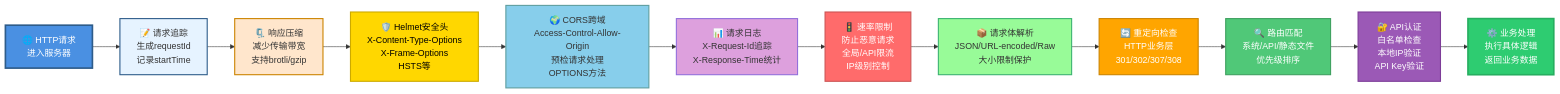
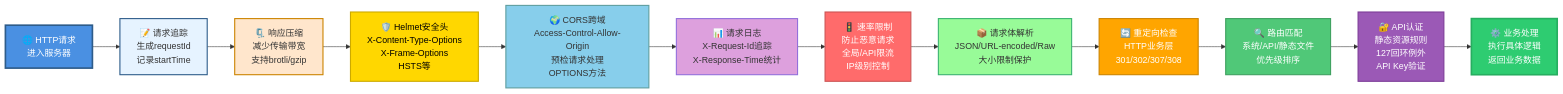
Before and after one commit to sunflowermm/XRK-AGT: diagram 13 of 13 in docs/server.md, drawn with Mermaid. The commit also changed other lines of this file and 9 other files, not shown here.

````diff
--- a/docs/server.md
+++ b/docs/server.md
@@ -856,27 +856,27 @@
 ```mermaid
 flowchart LR
     Request["🌐 HTTP请求<br/>进入服务器"] --> Track["📝 请求追踪<br/>生成requestId<br/>记录startTime"]
     Track --> Compress["🗜️ 响应压缩<br/>减少传输带宽<br/>支持brotli/gzip"]
     Compress --> Helmet["🛡️ Helmet安全头<br/>X-Content-Type-Options<br/>X-Frame-Options<br/>HSTS等"]
     Helmet --> CORS["🌍 CORS跨域<br/>Access-Control-Allow-Origin<br/>预检请求处理<br/>OPTIONS方法"]
     CORS --> Logging["📊 请求日志<br/>X-Request-Id追踪<br/>X-Response-Time统计"]
     Logging --> RateLimit["🚦 速率限制<br/>防止恶意请求<br/>全局/API限流<br/>IP级别控制"]
     RateLimit --> BodyParser["📦 请求体解析<br/>JSON/URL-encoded/Raw<br/>大小限制保护"]
     BodyParser --> Redirect["🔄 重定向检查<br/>HTTP业务层<br/>301/302/307/308"]
     Redirect --> Routes["🔍 路由匹配<br/>系统/API/静态文件<br/>优先级排序"]
-    Routes --> Auth["🔐 API认证<br/>白名单检查<br/>本地IP验证<br/>API Key验证"]
+    Routes --> Auth["🔐 API认证<br/>静态资源规则<br/>127回环例外<br/>API Key验证"]
     Auth --> Handler["⚙️ 业务处理<br/>执行具体逻辑<br/>返回业务数据"]
     
     style Request fill:#4A90E2,stroke:#2E5C8A,stroke-width:3px,color:#fff
     style Track fill:#E6F3FF,stroke:#2E5C8A,stroke-width:2px
     style Compress fill:#FFE6CC,stroke:#CC8400,stroke-width:2px
     style Helmet fill:#FFD700,stroke:#CCAA00,stroke-width:2px,color:#000
     style CORS fill:#87CEEB,stroke:#5F9EA0,stroke-width:2px
     style Logging fill:#DDA0DD,stroke:#9370DB,stroke-width:2px
     style RateLimit fill:#FF6B6B,stroke:#CC5555,stroke-width:2px,color:#fff
     style BodyParser fill:#98FB98,stroke:#3CB371,stroke-width:2px
     style Redirect fill:#FFA500,stroke:#CC8400,stroke-width:2px,color:#fff
     style Routes fill:#50C878,stroke:#3FA060,stroke-width:2px,color:#fff
     style Auth fill:#9B59B6,stroke:#7D3C98,stroke-width:2px,color:#fff
     style Handler fill:#2ECC71,stroke:#27AE60,stroke-width:3px,color:#fff
 ```
````
